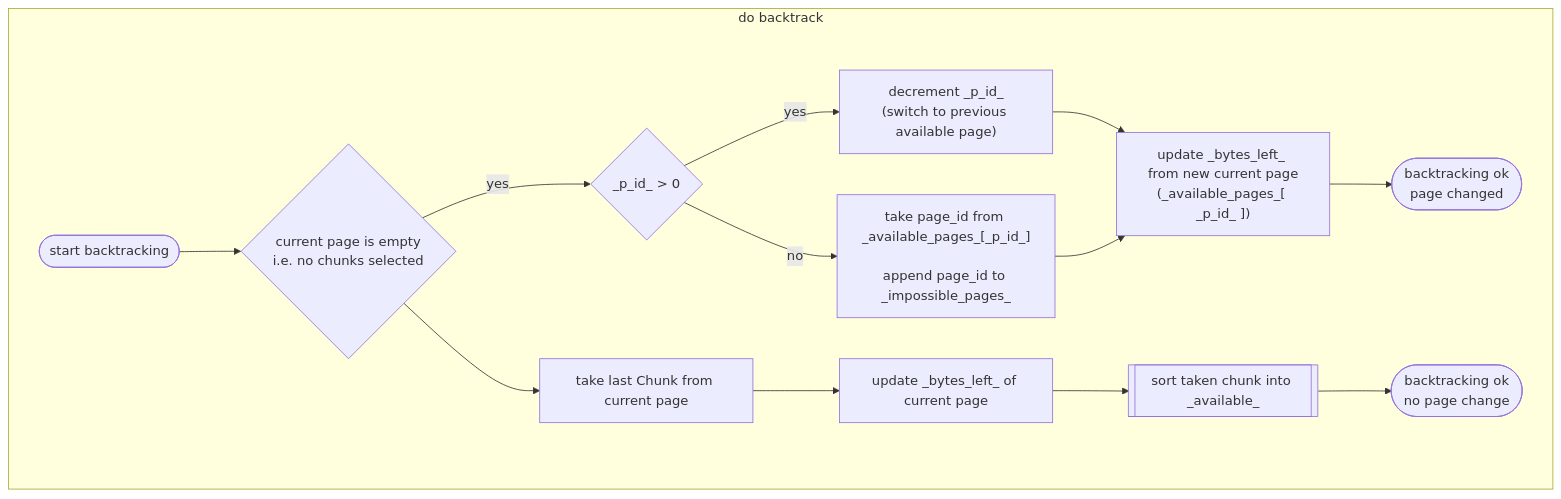
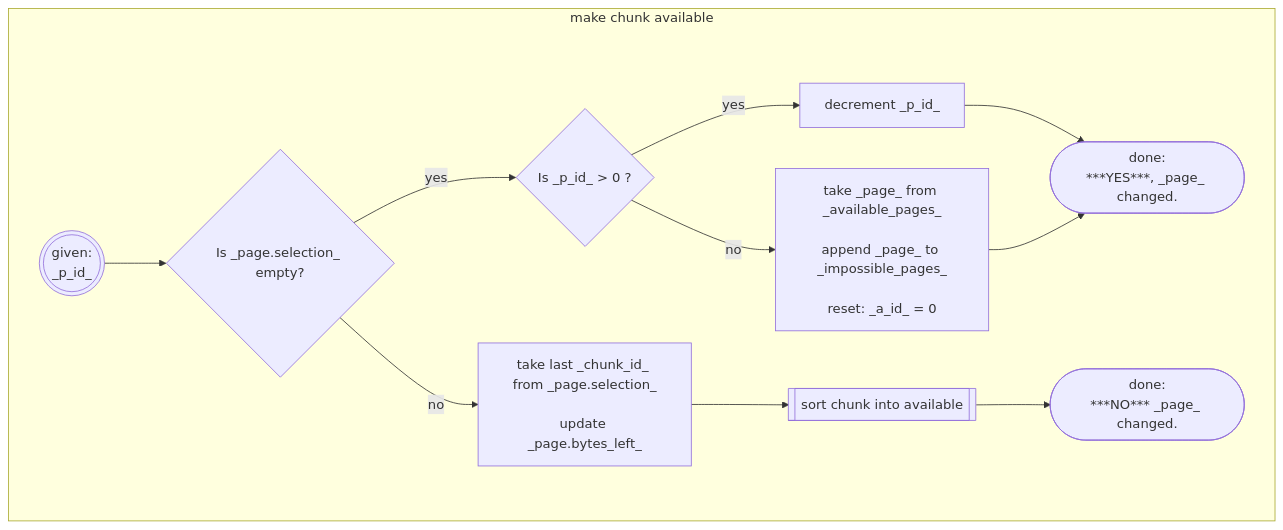
One commit to the-Obsessed-Maniacs/ChunkDistributor changed the seventh of 8 diagrams in docs/Algorithm.md. Above: the diagram before and after it, drawn with Mermaid. The commit also changed other lines of this file and 2 other files, not shown here.

Commit message:
further documentation, added threshold for "page_full" to algo

````diff
--- a/docs/Algorithm.md
+++ b/docs/Algorithm.md
@@ -168,20 +178,19 @@
 ```mermaid
 flowchart
-	subgraph "do backtrack"
-        bt0([start backtracking])-->
-        btc3{"current page is empty<br/>i.e. no chunks selected"}-->
-        |yes|btc2{"_p_id_ > 0"}-->
-        |yes|bt3["decrement _p_id_<br/>(switch to previous available page)"]-->
-        btpp2["update _bytes_left_ from new current page<br/>(_available_pages_[ _p_id_ ])"]-->
-        btdc(["backtracking ok<br/>page changed"])
+    subgraph "make chunk available"
+        mca_start((("given:<br/>_p_id_")))-->
+        mca_1{"Is _page.selection_ empty?"}-->
+        |yes|mca_2{"Is _p_id_ > 0 ?"}-->
+        |yes|mca_3["decrement _p_id_"]-->
+        mca_end1(["done:<br/>***YES***, _page_ changed."])
 
-        btc2-->
-        |no|btrp["take page_id from _available_pages_[_p_id_]<br/><br/>append page_id to _impossible_pages_"]-->
-        btpp2
+        mca_2-->
+        |no|mca_4["take _page_ from _available_pages_<br/><br/>append _page_ to _impossible_pages_<br/><br/>reset: _a_id_ = 0"]
+        -->mca_end1
 
-        btc3-->
-        bt1["take last Chunk from current page"]-->bt11["update _bytes_left_ of current page"]-->
-        bt2[["sort taken chunk into _available_"]]-->
-        btdone(["backtracking ok<br/>no page change"])
-	end
+        mca_1-->
+        |no|mca_5["take last _chunk_id_ from _page.selection_<br/><br/>update _page.bytes_left_"]-->
+        mca_6[["sort chunk into available"]]-->
+        mca_end0(["done:<br/>***NO*** _page_ changed."])
+    end
 ```
````
